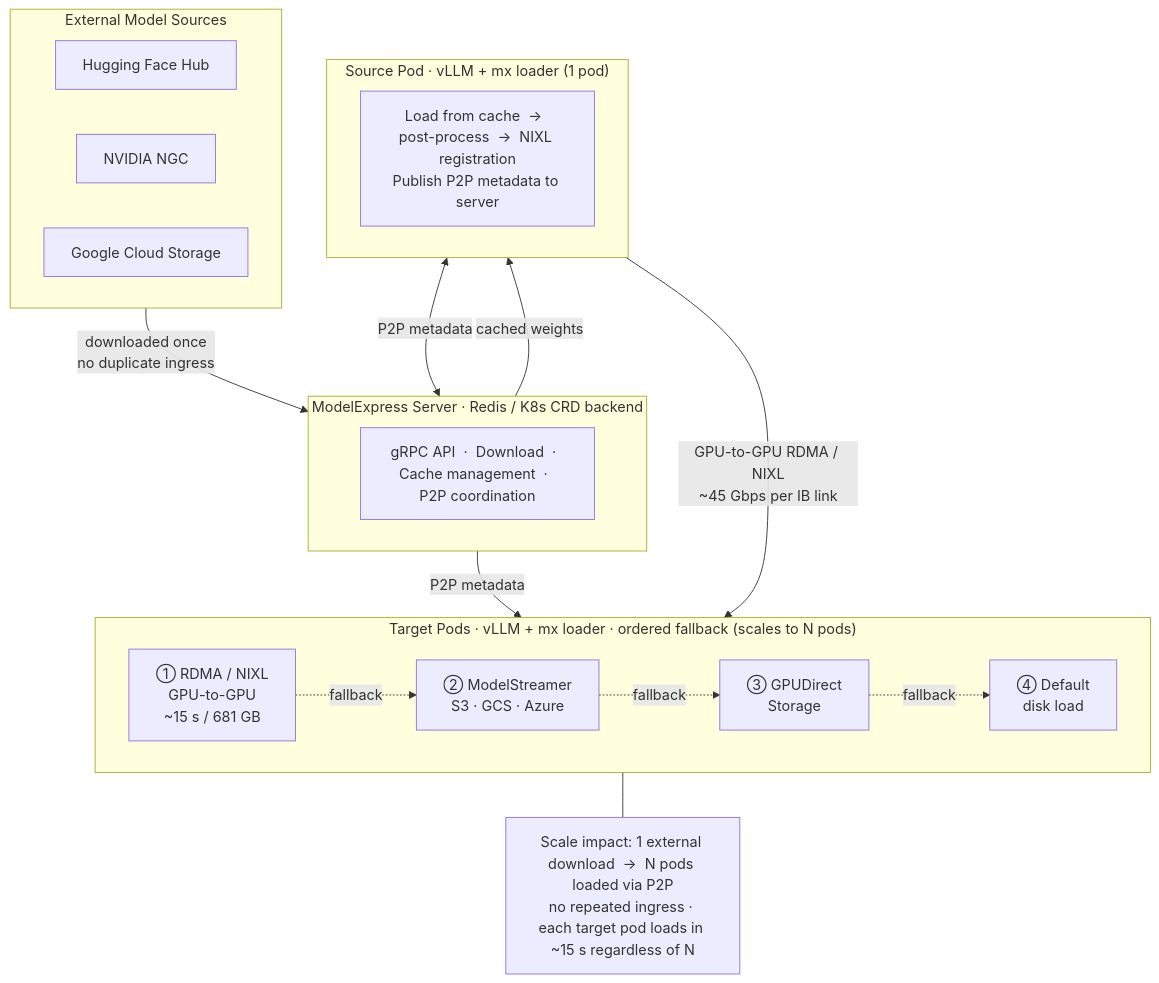
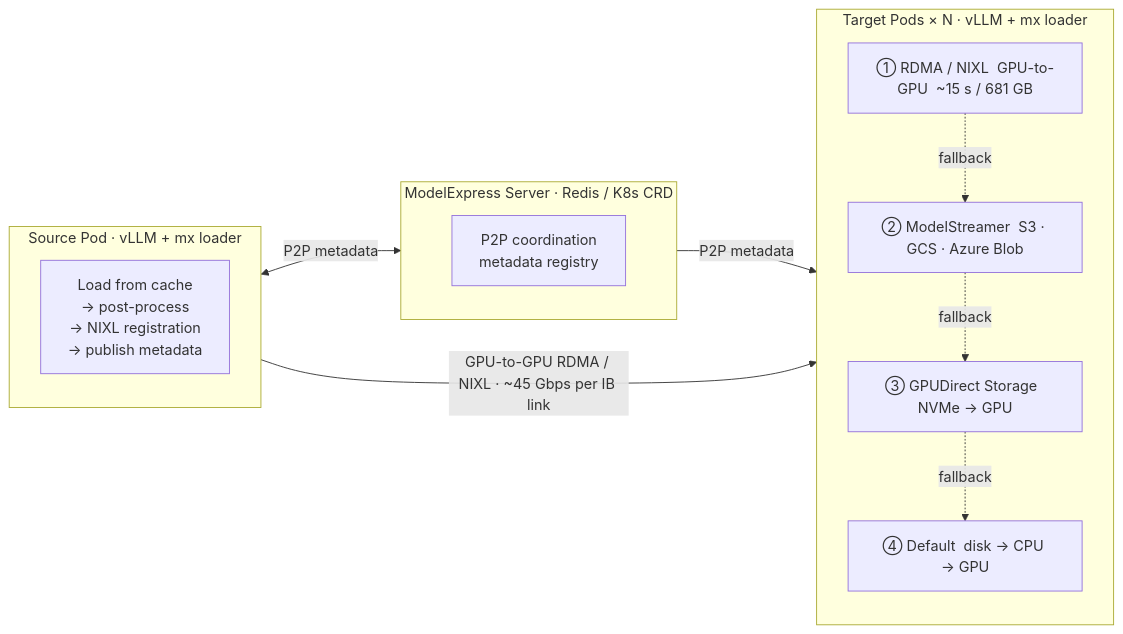
Before and after one commit to ai-dynamo/modelexpress: the second of 2 diagrams in README.md, drawn with Mermaid. The commit also changed other lines of this file, not shown here.

Commit message:
docs: split architecture into two focused phase diagrams
Replace single crowded diagram with two clean diagrams:
- Phase 1: external download and cache (sources → server → cache)
- Phase 2: autoscale and rolling update (source pod → RDMA → N target pods
  with ordered fallback chain)

````diff
--- a/README.md
+++ b/README.md
@@ -107,35 +131,23 @@
 ```mermaid
-flowchart TB
-    subgraph ext["External Model Sources"]
-        direction LR
-        HF["Hugging Face Hub"]
-        NGC["NVIDIA NGC"]
-        GCS["Google Cloud Storage"]
+flowchart LR
+    subgraph mx["ModelExpress Server · Redis / K8s CRD"]
+        coord["P2P coordination\nmetadata registry"]
     end
 
-    subgraph mx["ModelExpress Server  ·  Redis / K8s CRD backend"]
-        api["gRPC API  ·  Download  ·  Cache management  ·  P2P coordination"]
+    subgraph source["Source Pod · vLLM + mx loader"]
+        sl["Load from cache\n→ post-process\n→ NIXL registration\n→ publish metadata"]
     end
 
-    subgraph source["Source Pod  ·  vLLM + mx loader  (1 pod)"]
-        sl["Load from cache  →  post-process  →  NIXL registration\nPublish P2P metadata to server"]
-    end
-
-    subgraph targets["Target Pods  ·  vLLM + mx loader  ·  ordered fallback  (scales to N pods)"]
-        direction LR
-        t1["① RDMA / NIXL\nGPU-to-GPU\n~15 s / 681 GB"]
-        t2["② ModelStreamer\nS3 · GCS · Azure"]
-        t3["③ GPUDirect\nStorage"]
-        t4["④ Default\ndisk load"]
+    subgraph targets["Target Pods × N · vLLM + mx loader"]
+        direction TB
+        t1["① RDMA / NIXL  GPU-to-GPU  ~15 s / 681 GB"]
+        t2["② ModelStreamer  S3 · GCS · Azure Blob"]
+        t3["③ GPUDirect Storage  NVMe → GPU"]
+        t4["④ Default  disk → CPU → GPU"]
         t1 -.->|fallback| t2 -.->|fallback| t3 -.->|fallback| t4
     end
 
-    scale["Scale impact: 1 external download  →  N pods loaded via P2P\nno repeated ingress · each target pod loads in ~15 s regardless of N"]
-
-    ext -->|"downloaded once\nno duplicate ingress"| mx
-    mx -->|cached weights| source
-    source <-->|P2P metadata| mx
-    mx -->|P2P metadata| targets
-    source -->|"GPU-to-GPU RDMA / NIXL\n~45 Gbps per IB link"| targets
-    targets --- scale
+    source <-->|"P2P metadata"| mx
+    mx -->|"P2P metadata"| targets
+    source -->|"GPU-to-GPU RDMA / NIXL · ~45 Gbps per IB link"| targets
 ```
````
